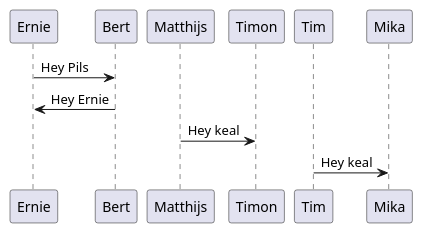
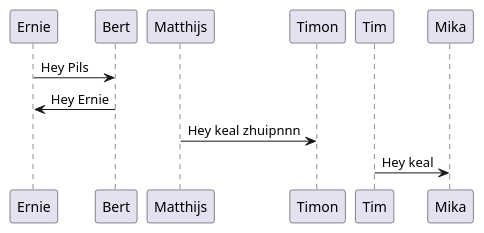
One commit to Timon14kraan/Project-Proces-and-Safety changed the diagram in src/chapter_1.md. Above: the diagram before and after it, drawn with PlantUML. The commit also changed 2 other files, not shown here.

````diff
--- a/src/chapter_1.md
+++ b/src/chapter_1.md
@@ -3,14 +3,14 @@
 ```plantuml
 @startuml bert_and_ernie
 
 
 Ernie->Bert : Hey Pils
 Bert->Ernie : Hey Ernie
 
-Matthijs->Timon : Hey keal
+Matthijs->Timon : Hey keal zhuipnnn
 Tim->Mika : Hey keal
 
 
 
 @enduml
 ```
````
